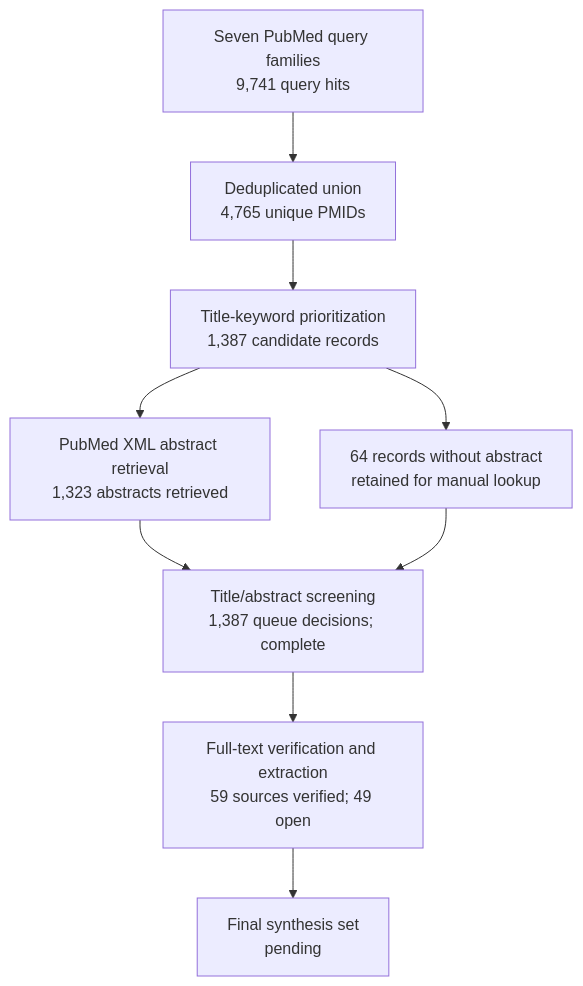
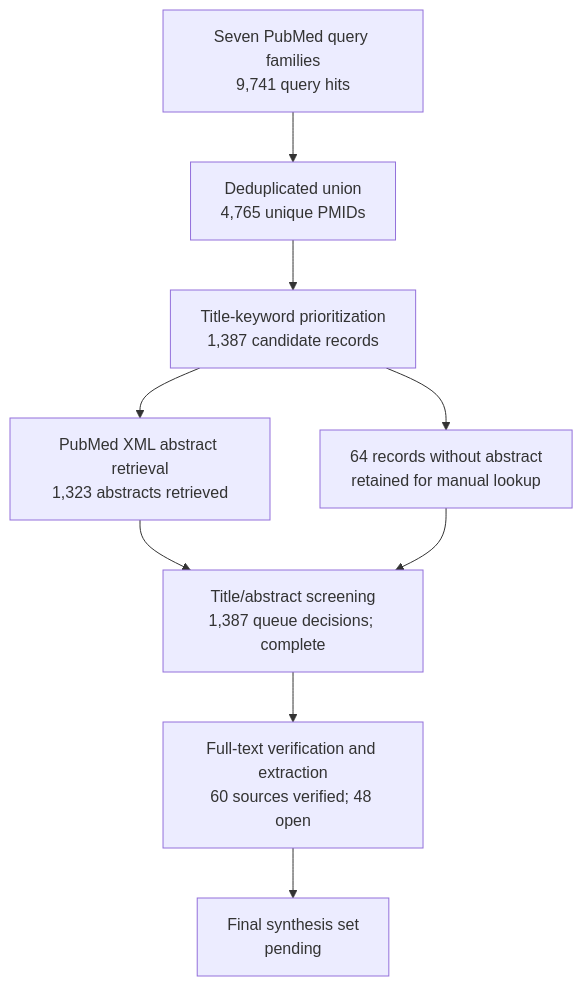
The diagram in manuscript/review-flow.md (dcmcshan/artemisia), drawn with Mermaid before and after one commit. The commit also changed other lines of this file and 13 other files, not shown here.

Commit message:
Add full-text Artemisia malaria combination evidence

````diff
--- a/manuscript/review-flow.md
+++ b/manuscript/review-flow.md
@@ -5,11 +5,11 @@
 ```mermaid
 flowchart TB
   Q[Seven PubMed query families<br/>9,741 query hits] --> U[Deduplicated union<br/>4,765 unique PMIDs]
   U --> T[Title-keyword prioritization<br/>1,387 candidate records]
   T --> A[PubMed XML abstract retrieval<br/>1,323 abstracts retrieved]
   T --> N[64 records without abstract<br/>retained for manual lookup]
   A --> M[Title/abstract screening<br/>1,387 queue decisions; complete]
   N --> M
-  M --> F[Full-text verification and extraction<br/>59 sources verified; 49 open]
+  M --> F[Full-text verification and extraction<br/>60 sources verified; 48 open]
   F --> S[Final synthesis set<br/>pending]
 ```
````
